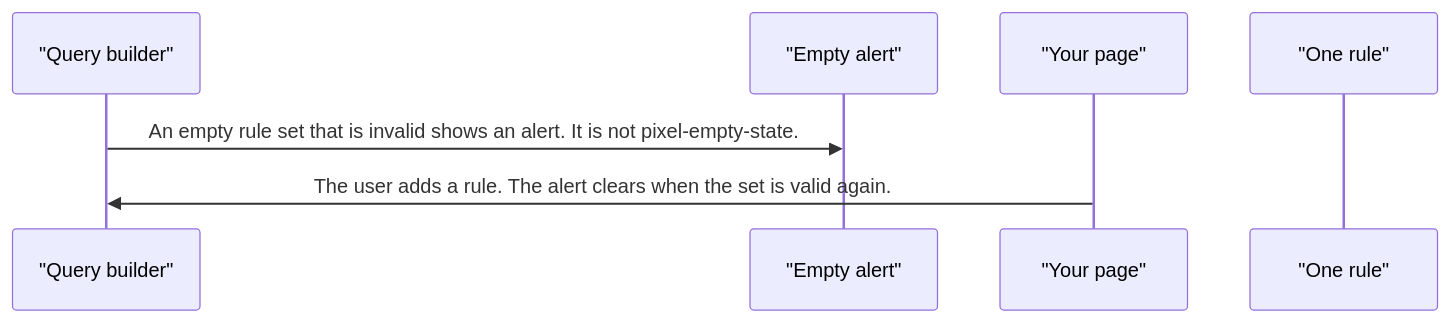
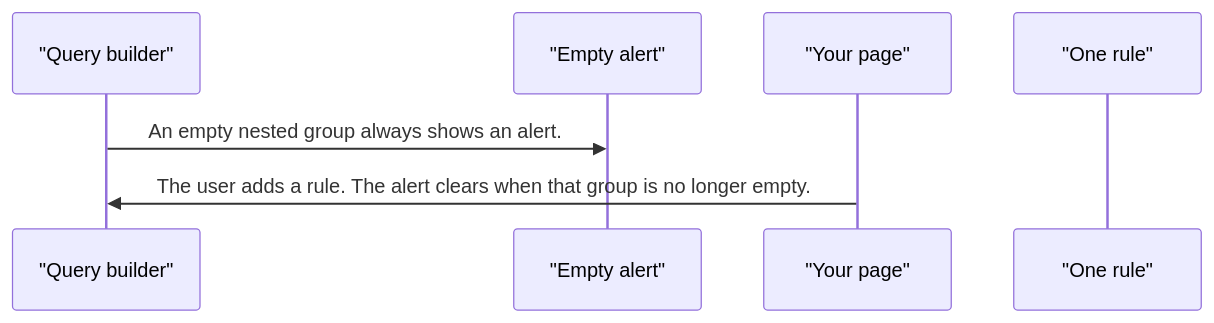
One commit to RajshekharBorate/pixel-ui changed the fourth of 4 diagrams in projects/pixel-ui/src/lib/pixel-query-builder/DESIGN.md. Above: the diagram before and after it, drawn with Mermaid. The commit also changed other lines of this file and 80 other files, not shown here.

Commit message:
Fill missing design flows and correct the stories that did not match component behavior.

````diff
--- a/projects/pixel-ui/src/lib/pixel-query-builder/DESIGN.md
+++ b/projects/pixel-ui/src/lib/pixel-query-builder/DESIGN.md
@@ -60,9 +82,9 @@
 ```mermaid
 sequenceDiagram
   participant builder as "Query builder"
   participant alert as "Empty alert"
   participant page as "Your page"
   participant rule as "One rule"
-  builder->>alert: An empty rule set that is invalid shows an alert. It is not pixel-empty-state.
-  page->>builder: The user adds a rule. The alert clears when the set is valid again.
+  builder->>alert: An empty nested group always shows an alert.
+  page->>builder: The user adds a rule. The alert clears when that group is no longer empty.
 ```
````
